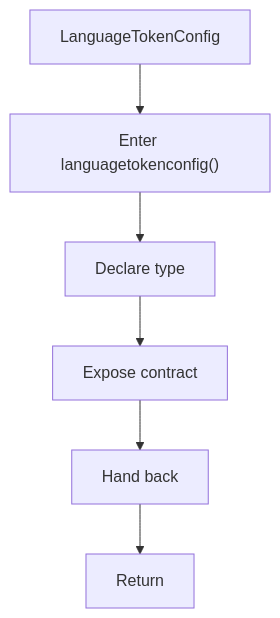
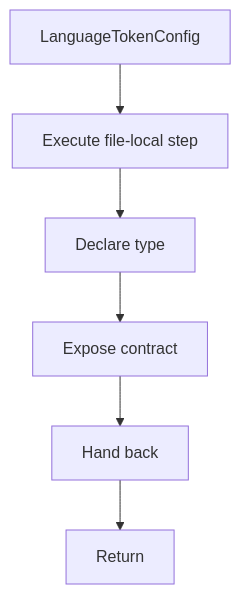
The third of 5 diagrams in docs/Codebase/Microservice/Modules/Header/SyntacticBrokenAST/Analysis/Lexical/language_tokens.hpp.md (JohnAndrewBalbarosa/NeoTerritory), drawn with Mermaid before and after one commit. The commit also changed other lines of this file and 925 other files, not shown here.

````diff
--- a/docs/Codebase/Microservice/Modules/Header/SyntacticBrokenAST/Analysis/Lexical/language_tokens.hpp.md
+++ b/docs/Codebase/Microservice/Modules/Header/SyntacticBrokenAST/Analysis/Lexical/language_tokens.hpp.md
@@ -98,14 +97,14 @@
 ```mermaid
 flowchart TD
     Start["LanguageTokenConfig"]
-    N0["Enter languagetokenconfig()"]
+    N0["Execute file-local step"]
     N1["Declare type"]
     N2["Expose contract"]
     N3["Hand back"]
     End["Return"]
     Start --> N0
     N0 --> N1
     N1 --> N2
     N2 --> N3
     N3 --> End
 ```
````
